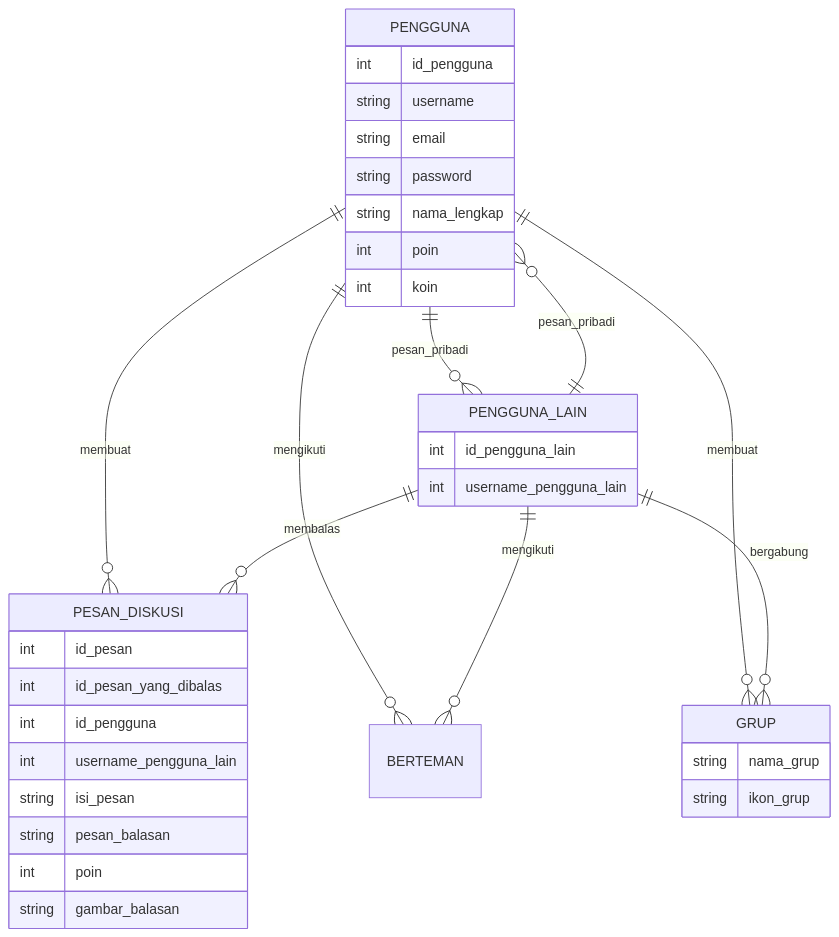
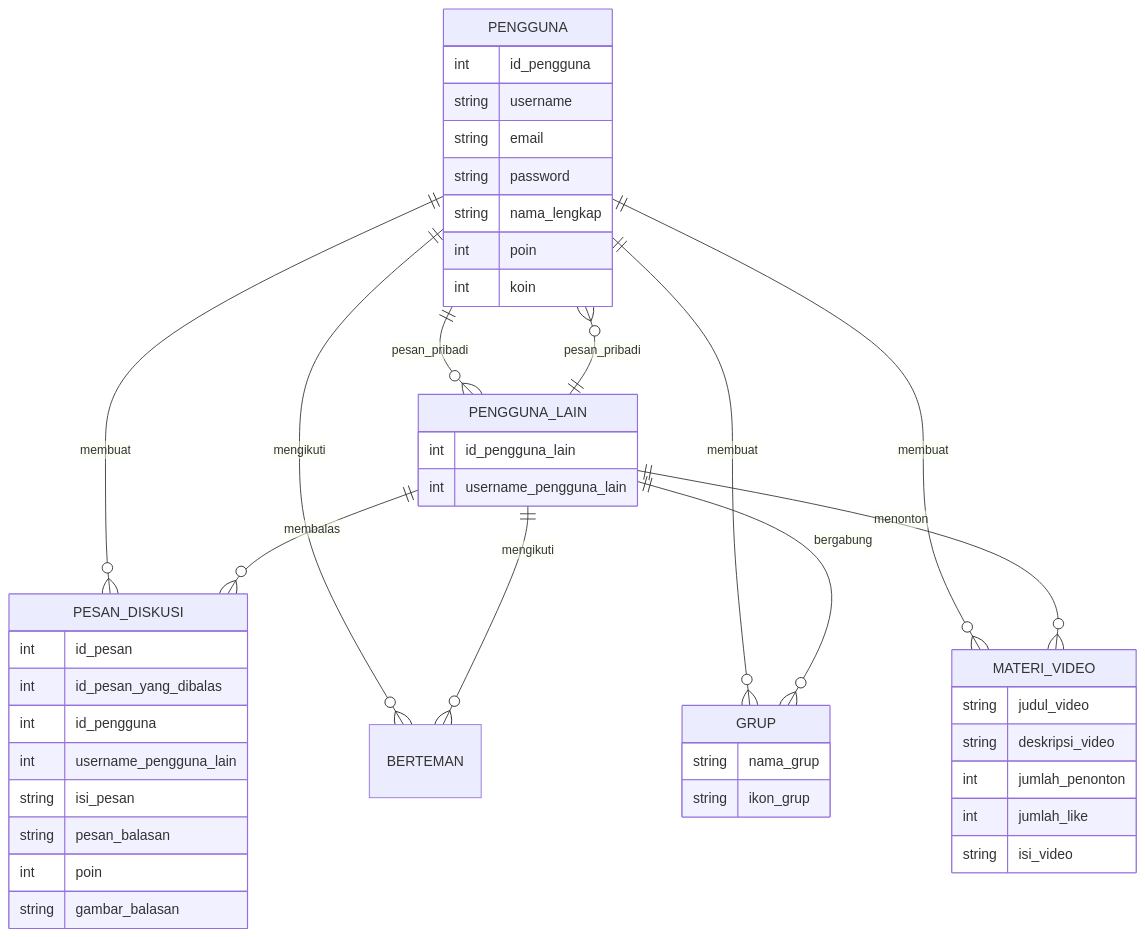
The diagram in job interview.MD (fahrizap/Kodein), drawn with Mermaid before and after one commit.

Commit message:
Update job interview.MD

````diff
--- a/job interview.MD
+++ b/job interview.MD
@@ -20,39 +20,49 @@
 ```mermaid
 erDiagram
 
   PENGGUNA {
     int id_pengguna
     string username
     string email
     string password
     string nama_lengkap
     int poin
     int koin
   }
   PENGGUNA ||--o{ PESAN_DISKUSI : membuat
   PENGGUNA ||--o{ BERTEMAN : mengikuti
   PENGGUNA ||--o{ PENGGUNA_LAIN : pesan_pribadi
   PENGGUNA ||--o{ GRUP : membuat
+  PENGGUNA ||--o{ MATERI_VIDEO : membuat
   PESAN_DISKUSI {
     int id_pesan
     int id_pesan_yang_dibalas
     int id_pengguna 
     int username_pengguna_lain
     string isi_pesan
     string pesan_balasan
     int poin
     string gambar_balasan
   }
   PENGGUNA_LAIN {
     int id_pengguna_lain
     int username_pengguna_lain
   }
   PENGGUNA_LAIN ||--o{ PESAN_DISKUSI : membalas
   PENGGUNA_LAIN ||--o{ BERTEMAN : mengikuti
   PENGGUNA_LAIN ||--o{ PENGGUNA : pesan_pribadi
   PENGGUNA_LAIN ||--o{ GRUP : bergabung
+  PENGGUNA_LAIN ||--o{ MATERI_VIDEO : menonton
+  
   GRUP {
   string nama_grup
   string ikon_grup
   }
+  MATERI_VIDEO {
+  string judul_video
+  string deskripsi_video
+  int jumlah_penonton
+  int jumlah_like
+  string isi_video
+  }
 ```
````
